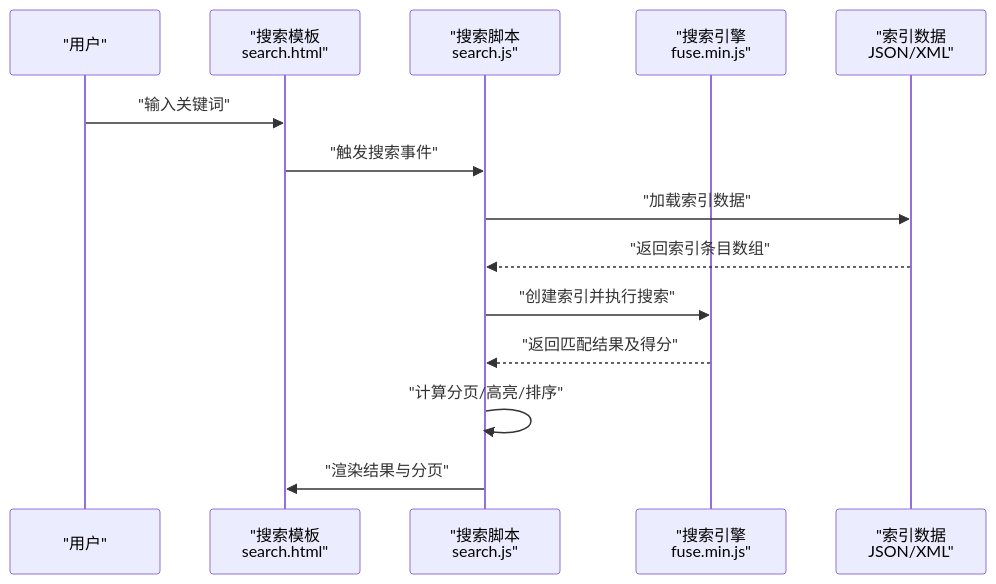
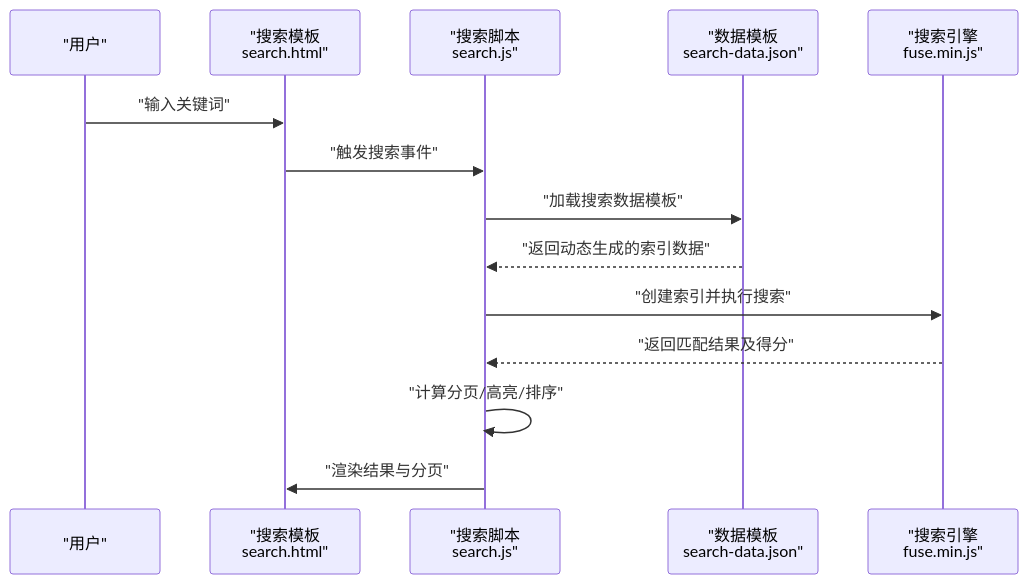
Before and after one commit to nianjiang/nianjiang.github.io: the second of 4 diagrams in .qoder/repowiki/zh/content/高级功能/全文搜索功能.md, drawn with Mermaid. The commit also changed other lines of this file and 176 other files, not shown here.

````diff
--- a/.qoder/repowiki/zh/content/高级功能/全文搜索功能.md
+++ b/.qoder/repowiki/zh/content/高级功能/全文搜索功能.md
@@ -87,16 +95,16 @@
 ```mermaid
 sequenceDiagram
 participant U as "用户"
 participant T as "搜索模板<br/>search.html"
 participant S as "搜索脚本<br/>search.js"
+participant D as "数据模板<br/>search-data.json"
 participant F as "搜索引擎<br/>fuse.min.js"
-participant I as "索引数据<br/>JSON/XML"
 U->>T : "输入关键词"
 T->>S : "触发搜索事件"
-S->>I : "加载索引数据"
-I-->>S : "返回索引条目数组"
+S->>D : "加载搜索数据模板"
+D-->>S : "返回动态生成的索引数据"
 S->>F : "创建索引并执行搜索"
 F-->>S : "返回匹配结果及得分"
 S->>S : "计算分页/高亮/排序"
 S->>T : "渲染结果与分页"
 ```
````
